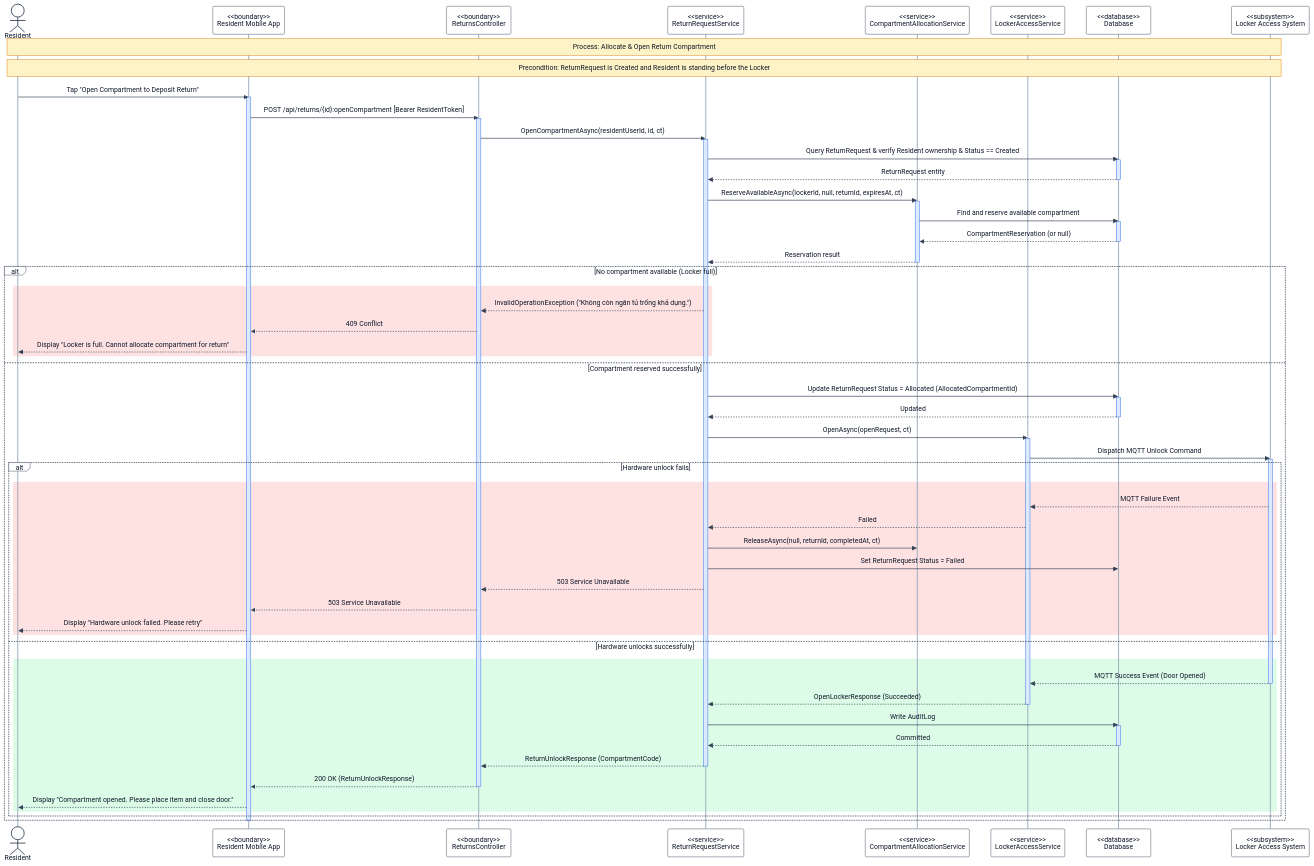
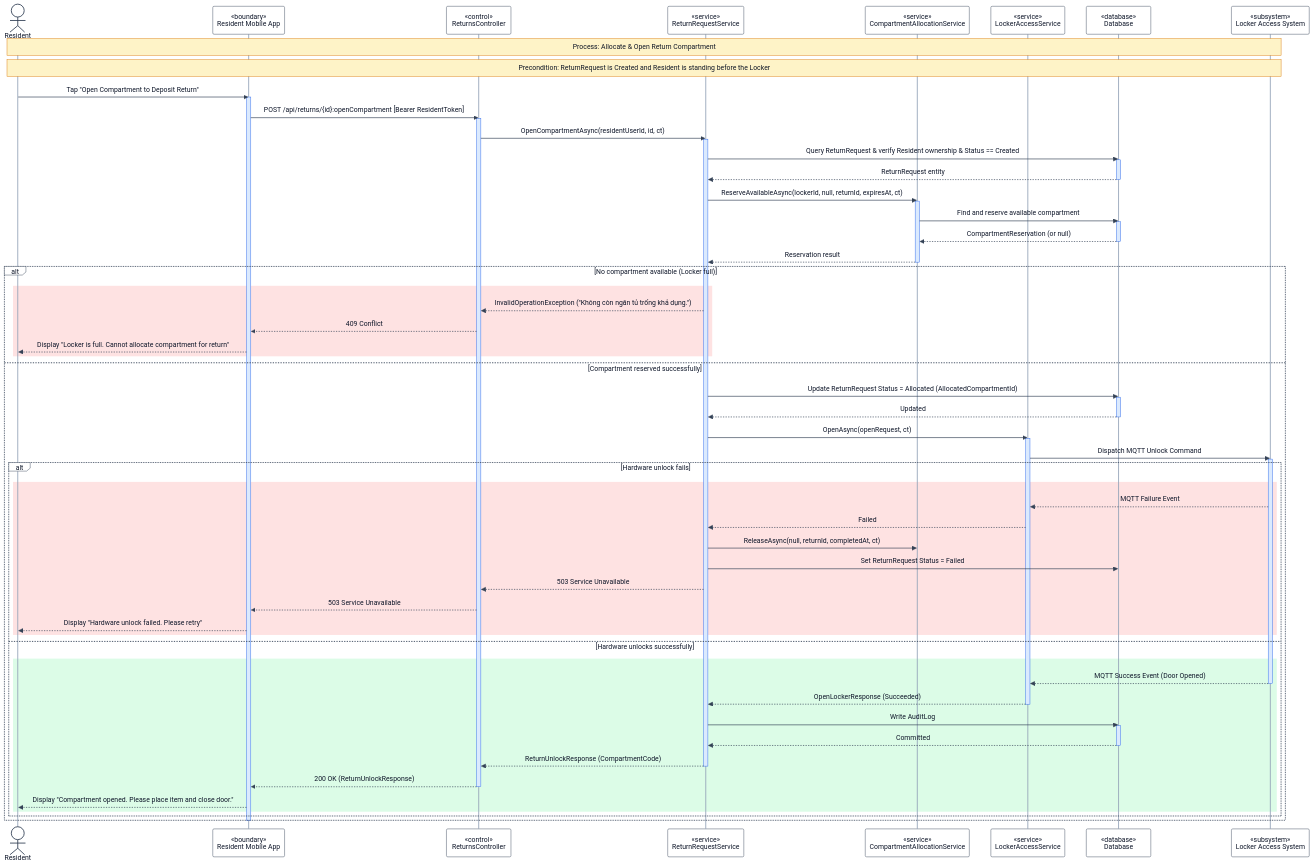
The diagram in RP4/3.9 Resident Parcel Return Workflow/3.9.3 Allocate & Open Return Compartment Sequence Diagram.md (se-05-sdlms/smart-locking-diagram), drawn with Mermaid before and after one commit. The commit also changed 36 other files, not shown here.

Commit message:
Update diagram

```diff
--- a/RP4/3.9 Resident Parcel Return Workflow/3.9.3 Allocate & Open Return Compartment Sequence Diagram.md
+++ b/RP4/3.9 Resident Parcel Return Workflow/3.9.3 Allocate & Open Return Compartment Sequence Diagram.md
@@ -21,13 +21,13 @@
 sequenceDiagram
 
 actor RES as Resident
-participant APP as <<boundary>><br/>Resident Mobile App
-participant CTRL as <<boundary>><br/>ReturnsController
-participant SVC as <<service>><br/>ReturnRequestService
-participant ALLOC as <<service>><br/>CompartmentAllocationService
-participant ACCESS as <<service>><br/>LockerAccessService
-participant DB as <<database>><br/>Database
-participant LOCKER as <<subsystem>><br/>Locker Access System
+participant APP as «boundary»<br/>Resident Mobile App
+participant CTRL as «control»<br/>ReturnsController
+participant SVC as «service»<br/>ReturnRequestService
+participant ALLOC as «service»<br/>CompartmentAllocationService
+participant ACCESS as «service»<br/>LockerAccessService
+participant DB as «database»<br/>Database
+participant LOCKER as «subsystem»<br/>Locker Access System
 
 Note over RES,LOCKER: Process: Allocate & Open Return Compartment
 Note over RES,LOCKER: Precondition: ReturnRequest is Created and Resident is standing before the Locker
```
